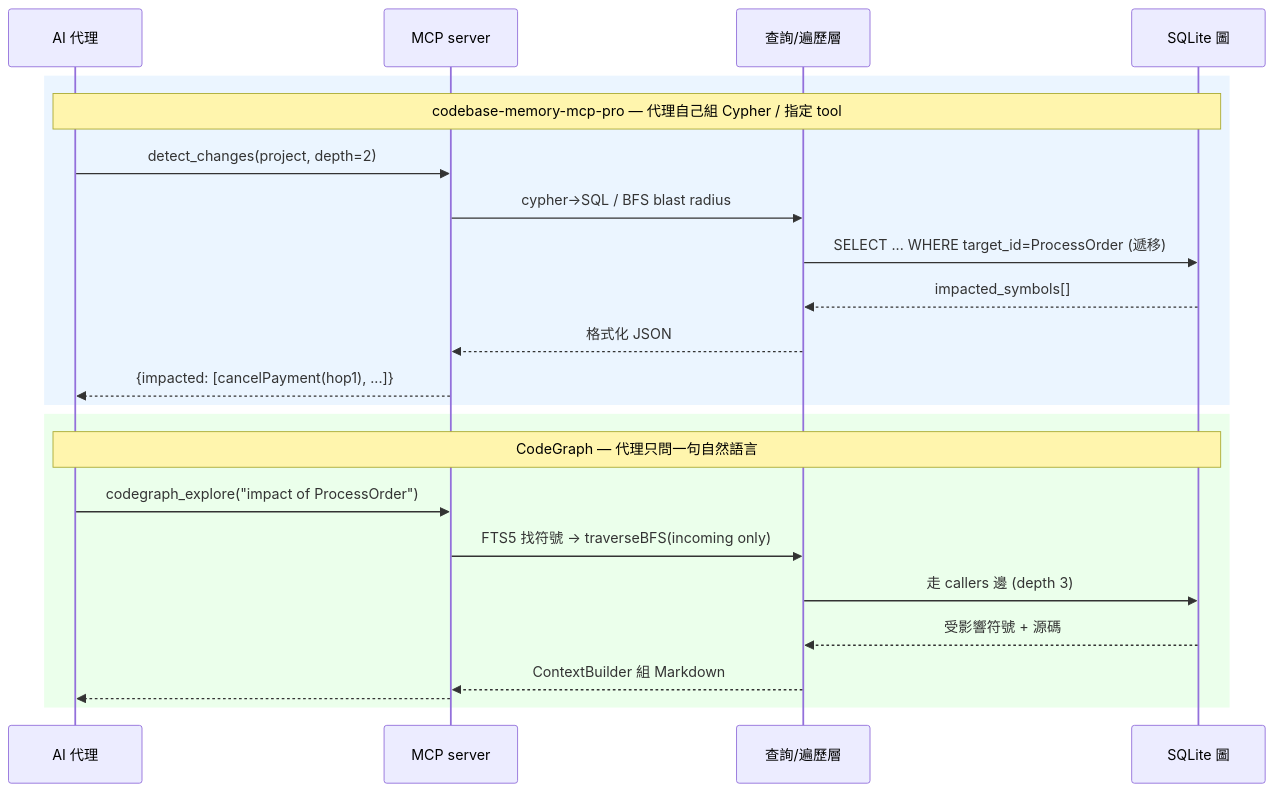
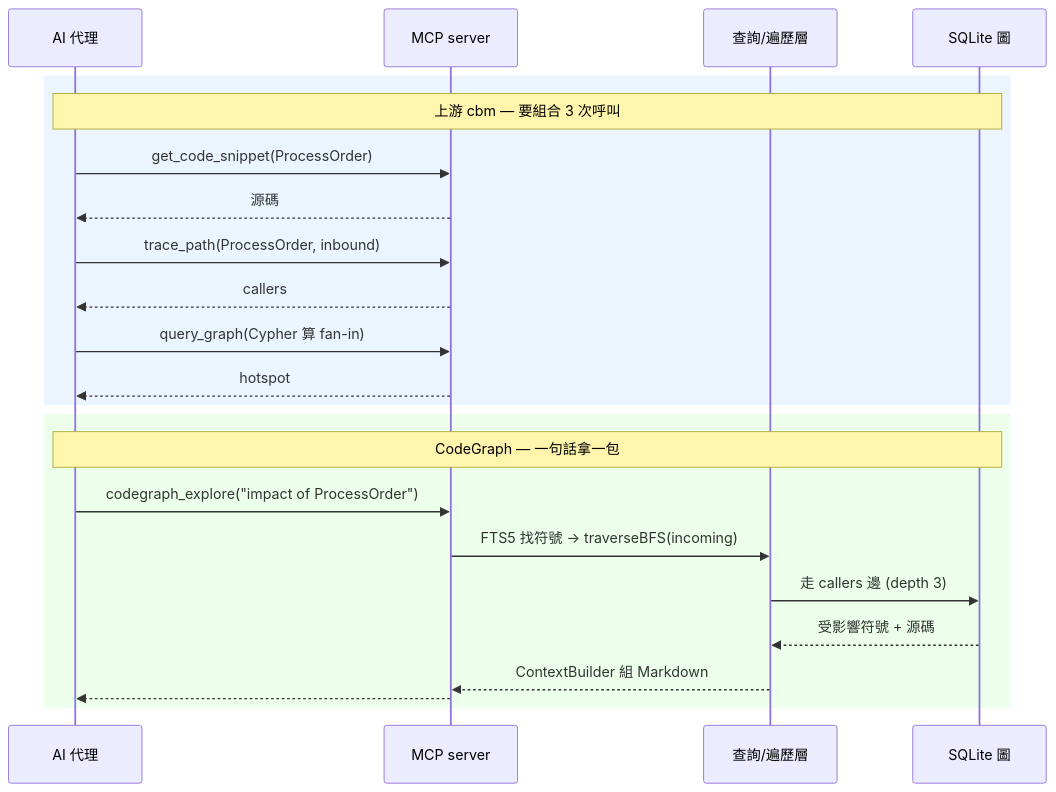
Before and after one commit to swchen44/personal-knowledge-base-from-ai: the second of 4 diagrams in CodeAnalysis/2026-06-24-CODEBASE-MEMORY-MCP-PRO-VS-CODEGRAPH-CODE-KNOWLEDGE-GRAPH-COMPARISON.md, drawn with Mermaid. The commit also changed other lines of this file and 1 other file, not shown here.

First line of the commit message:
kb: rewrite — 改以上游 DeusData vs CodeGraph 為主比較，疊加 win4r fork diff 剖析

````diff
--- a/CodeAnalysis/2026-06-24-CODEBASE-MEMORY-MCP-PRO-VS-CODEGRAPH-CODE-KNOWLEDGE-GRAPH-COMPARISON.md
+++ b/CodeAnalysis/2026-06-24-CODEBASE-MEMORY-MCP-PRO-VS-CODEGRAPH-CODE-KNOWLEDGE-GRAPH-COMPARISON.md
@@ -184,27 +166,27 @@
 ```mermaid
 sequenceDiagram
     participant A as AI 代理
     participant M as MCP server
     participant Q as 查詢/遍歷層
     participant DB as SQLite 圖
 
     rect rgb(235,245,255)
-    note over A,DB: codebase-memory-mcp-pro — 代理自己組 Cypher / 指定 tool
-    A->>M: detect_changes(project, depth=2)
-    M->>Q: cypher→SQL / BFS blast radius
-    Q->>DB: SELECT ... WHERE target_id=ProcessOrder (遞移)
-    DB-->>Q: impacted_symbols[]
-    Q-->>M: 格式化 JSON
-    M-->>A: {impacted: [cancelPayment(hop1), ...]}
+    note over A,DB: 上游 cbm — 要組合 3 次呼叫
+    A->>M: get_code_snippet(ProcessOrder)
+    M-->>A: 源碼
+    A->>M: trace_path(ProcessOrder, inbound)
+    M-->>A: callers
+    A->>M: query_graph(Cypher 算 fan-in)
+    M-->>A: hotspot
     end
 
     rect rgb(235,255,235)
-    note over A,DB: CodeGraph — 代理只問一句自然語言
+    note over A,DB: CodeGraph — 一句話拿一包
     A->>M: codegraph_explore("impact of ProcessOrder")
-    M->>Q: FTS5 找符號 → traverseBFS(incoming only)
+    M->>Q: FTS5 找符號 → traverseBFS(incoming)
     Q->>DB: 走 callers 邊 (depth 3)
     DB-->>Q: 受影響符號 + 源碼
     Q-->>M: ContextBuilder 組 Markdown
-    M-->>A: ## Blast radius\n3 callers affected + 源碼
+    M-->>A: ## Blast radius + 源碼 (1 次)
     end
 ```
````
